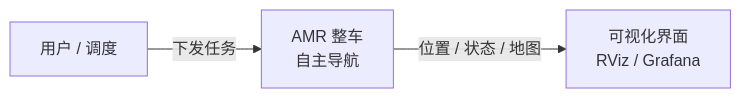
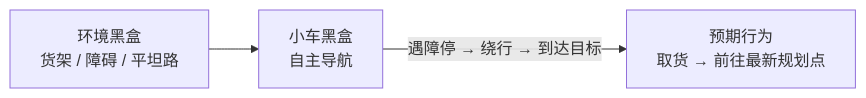
One commit to guang-lee-cn/ros2_amr_framework changed the second of 5 diagrams in docs/design/architecture-overview.md. Above: the diagram before and after it, drawn with Mermaid. The commit also changed other lines of this file, not shown here.

````diff
--- a/docs/design/architecture-overview.md
+++ b/docs/design/architecture-overview.md
@@ -16,5 +39,7 @@
 ```mermaid
 flowchart LR
-    USER["用户 / 调度"] -->|"下发任务"| AMR["AMR 整车<br>自主导航"]
-    AMR -->|"位置 / 状态 / 地图"| VIEW["可视化界面<br>RViz / Grafana"]
+    ENV["环境黑盒<br>货架 / 障碍 / 平坦路"]
+    CAR["小车黑盒<br>自主导航"]
+    ENV --> CAR
+    CAR -->|"遇障停 → 绕行 → 到达目标"| EXP["预期行为<br>取货 → 前往最新规划点"]
 ```
````
